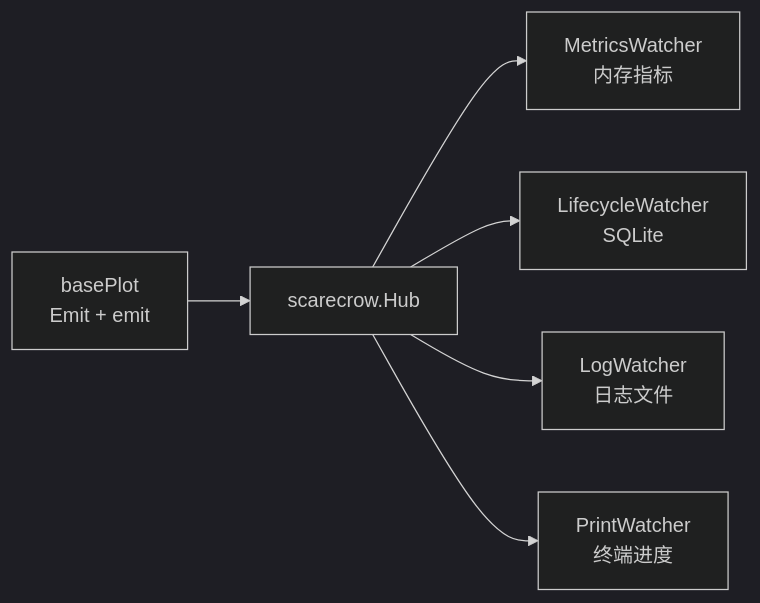
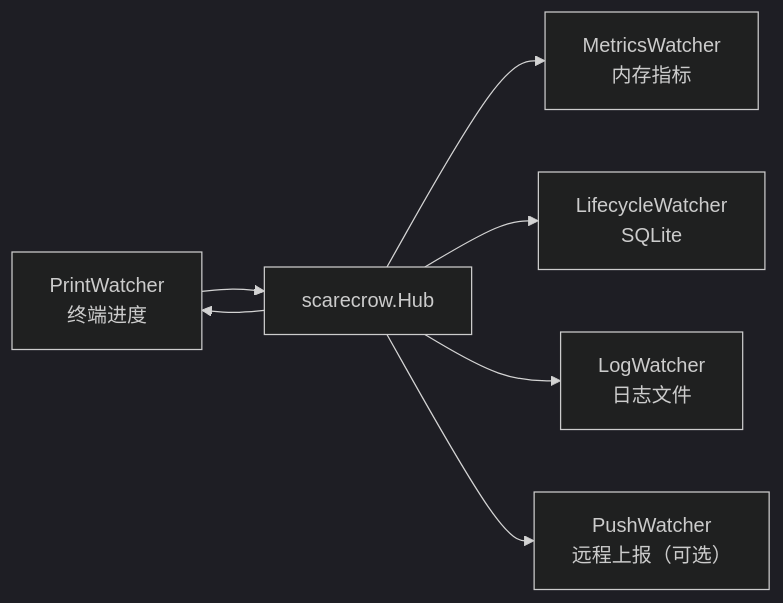
One commit to Mr-xiaotian/CelestialGrow changed the fourth of 4 diagrams in docs/zh-CN/pkg/runtime/event.md. Above: the diagram before and after it, drawn with Mermaid (dark theme). The commit also changed other lines of this file and 49 other files, not shown here.

````diff
--- a/docs/zh-CN/pkg/runtime/event.md
+++ b/docs/zh-CN/pkg/runtime/event.md
@@ -174,8 +174,9 @@
 ```mermaid
 flowchart LR
     P["basePlot<br/>Emit + emit"] --> H["scarecrow.Hub"]
     H --> M["MetricsWatcher<br/>内存指标"]
     H --> L["LifecycleWatcher<br/>SQLite"]
     H --> G["LogWatcher<br/>日志文件"]
-    H --> R["PrintWatcher<br/>终端进度"]
+    H --> P["PrintWatcher<br/>终端进度"]
+    H --> W["PushWatcher<br/>远程上报（可选）"]
 ```
````
